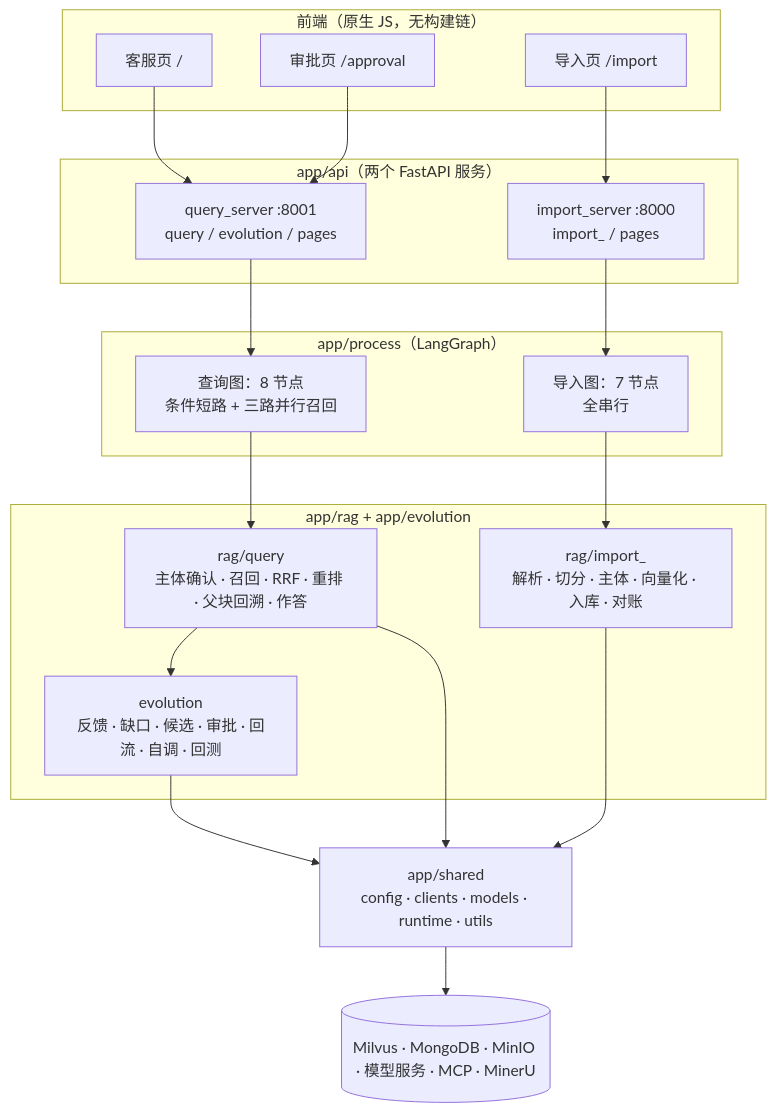
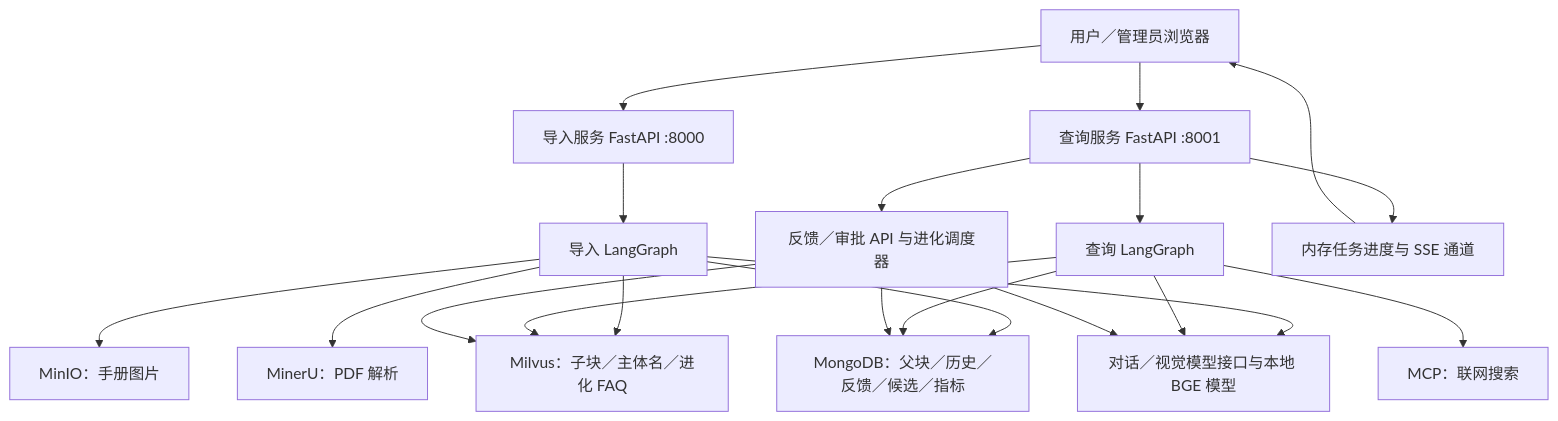
Before and after one commit to LZX842056112/se_rag: the first of 4 diagrams in docs/se_rag-技术讲解文档.md, drawn with Mermaid. The commit also changed other lines of this file and 3 other files, not shown here.

````diff
--- a/docs/se_rag-技术讲解文档.md
+++ b/docs/se_rag-技术讲解文档.md
@@ -81,33 +58,22 @@
 ```mermaid
 flowchart TB
-    subgraph FE["前端（原生 JS，无构建链）"]
-        UI1["客服页 /"]
-        UI2["审批页 /approval"]
-        UI3["导入页 /import"]
-    end
-    subgraph API["app/api（两个 FastAPI 服务）"]
-        QS["query_server :8001<br/>query / evolution / pages"]
-        IS["import_server :8000<br/>import_ / pages"]
-    end
-    subgraph PROC["app/process（LangGraph）"]
-        QG["查询图：8 节点<br/>条件短路 + 三路并行召回"]
-        IG["导入图：7 节点<br/>全串行"]
-    end
-    subgraph BIZ["app/rag + app/evolution"]
-        RQ["rag/query<br/>主体确认 · 召回 · RRF · 重排 · 父块回溯 · 作答"]
-        RI["rag/import_<br/>解析 · 切分 · 主体 · 向量化 · 入库 · 对账"]
-        EV["evolution<br/>反馈 · 缺口 · 候选 · 审批 · 回流 · 自调 · 回测"]
-    end
-    SH["app/shared<br/>config · clients · models · runtime · utils"]
-    EXT[("Milvus · MongoDB · MinIO · 模型服务 · MCP · MinerU")]
-
-    UI1 --> QS
-    UI2 --> QS
-    UI3 --> IS
-    QS --> QG --> RQ --> EV
-    IS --> IG --> RI
-    RQ --> SH
-    RI --> SH
-    EV --> SH
-    SH --> EXT
+    U["用户／管理员浏览器"] --> I["导入服务 FastAPI :8000"]
+    U --> Q["查询服务 FastAPI :8001"]
+    I --> IG["导入 LangGraph"]
+    Q --> QG["查询 LangGraph"]
+    Q --> EV["反馈／审批 API 与进化调度器"]
+    IG --> V["Milvus：子块／主体名／进化 FAQ"]
+    IG --> M["MongoDB：父块／历史／反馈／候选／指标"]
+    IG --> O["MinIO：手册图片"]
+    QG --> V
+    QG --> M
+    EV --> M
+    EV --> V
+    IG --> L["对话／视觉模型接口与本地 BGE 模型"]
+    QG --> L
+    EV --> L
+    IG --> P["MinerU：PDF 解析"]
+    QG --> W["MCP：联网搜索"]
+    Q --> S["内存任务进度与 SSE 通道"]
+    S --> U
 ```
````
